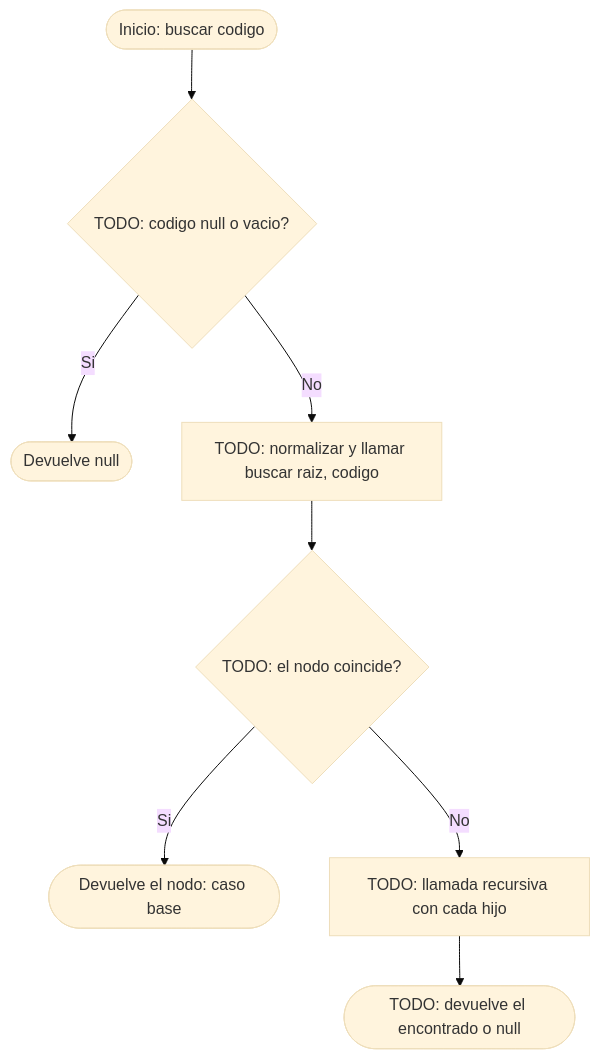
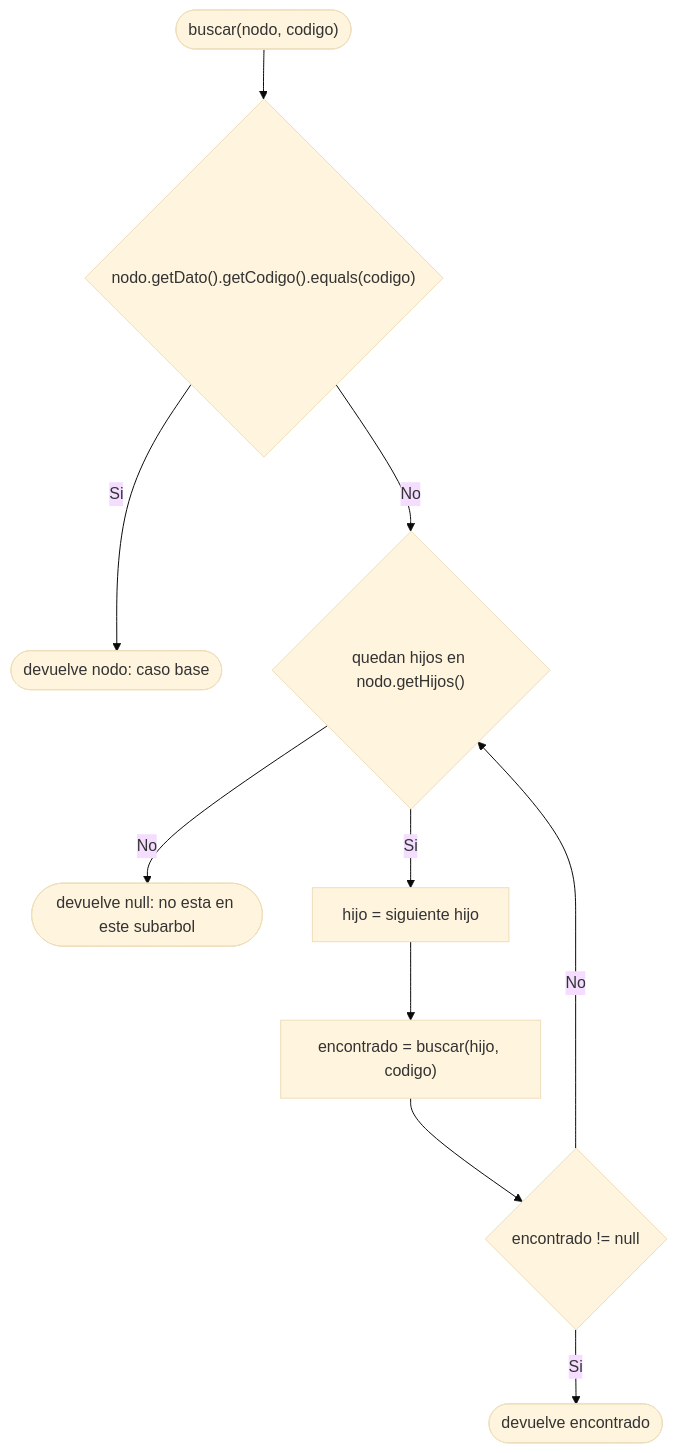
The second of 3 diagrams in docs/diagramas-flujo/flujo_agregar_buscar.md (Damienq7w/APE3-Arboles-Integrado), drawn with Mermaid (base theme) before and after one commit. The commit also changed other lines of this file and 1 other file, not shown here.

Commit message:
Agrega diagramas de secuencia y de flujo de agregar y buscar

````diff
--- a/docs/diagramas-flujo/flujo_agregar_buscar.md
+++ b/docs/diagramas-flujo/flujo_agregar_buscar.md
@@ -16,10 +49,13 @@
 ```mermaid
 flowchart TD
-    A([Inicio: buscar codigo]) --> B{TODO: codigo null o vacio?}
-    B -- Si --> C([Devuelve null])
-    B -- No --> D[TODO: normalizar y llamar buscar raiz, codigo]
-    D --> E{TODO: el nodo coincide?}
-    E -- Si --> F([Devuelve el nodo: caso base])
-    E -- No --> G[TODO: llamada recursiva con cada hijo]
-    G --> H([TODO: devuelve el encontrado o null])
+    classDef fallo fill:#fde8e8,stroke:#b42318,color:#7a1212
+    A(["buscar(nodo, codigo)"]) --> B{"nodo.getDato().getCodigo().equals(codigo)"}
+    B -- Si --> C(["devuelve nodo: caso base"])
+    B -- No --> D{"quedan hijos en nodo.getHijos()"}
+    D -- No --> E(["devuelve null: no esta en este subarbol"])
+    D -- Si --> F["hijo = siguiente hijo"]
+    F --> G["encontrado = buscar(hijo, codigo)"]
+    G --> H{"encontrado != null"}
+    H -- Si --> I(["devuelve encontrado"])
+    H -- No --> D
 ```
````
